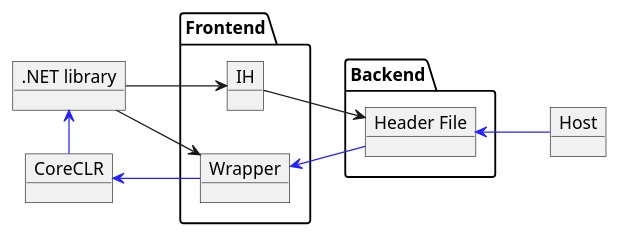
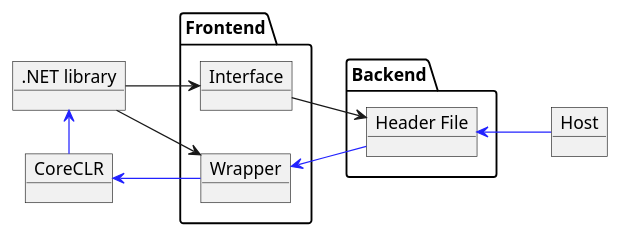
Before and after one commit to Sharp0802/lilac: the fourth of 5 diagrams in docs/process.pu, drawn with PlantUML. The commit also changed other lines of this file and 10 other files, not shown here.

Commit message:
:bento: Update diagrams for docs

```diff
--- a/docs/process.pu
+++ b/docs/process.pu
@@ -94,31 +94,31 @@
 @startuml wrap_dotnet_with_cxx
 
 left to right direction
 
 package Frontend 
 {
     object Wrapper
-    object IH
+    object "Interface" as IH
 }
 
 package Backend
 {
     object "Header File" as Bridge
 }
 
 object ".NET library" as Source
 object "CoreCLR" as RT
 object Host
 
 Source --> Wrapper
 Source --> IH
 
 IH --> Bridge
 
 Bridge <-[#2222FF]- Host
 Wrapper <-[#2222FF]- Bridge
 
 RT <-[#2222FF]- Wrapper
 Source <-right[#2222FF]- RT
 
 @enduml
```
